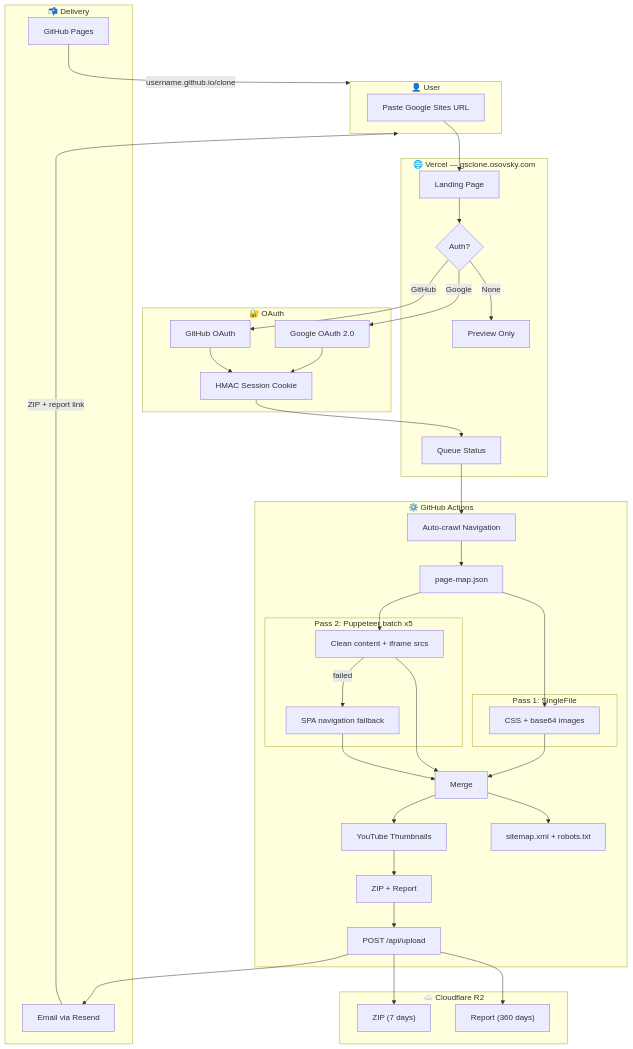
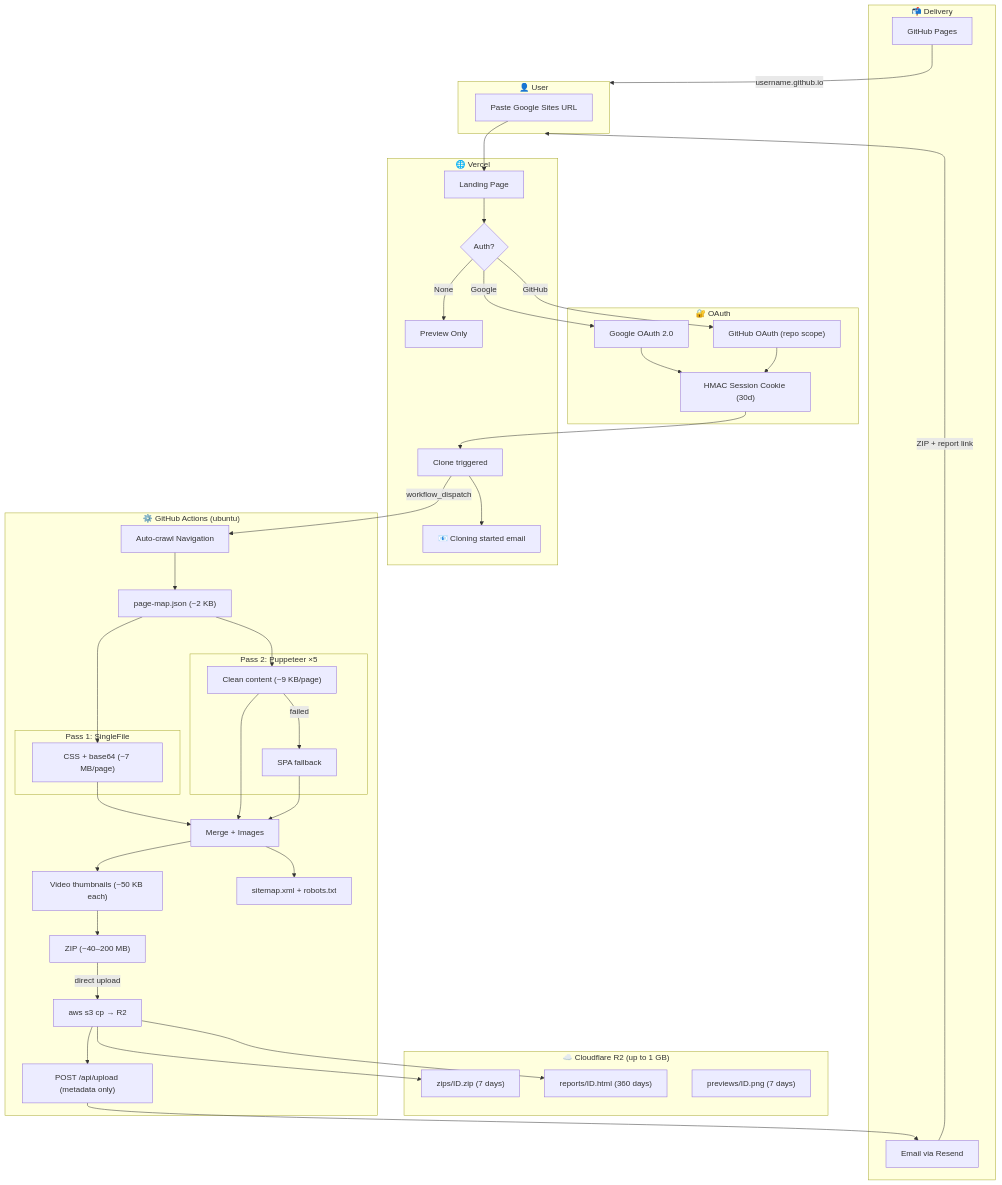
One commit to maximosovsky/google-sites-clone changed the fourth of 4 diagrams in ARCHITECTURE.md. Above: the diagram before and after it, drawn with Mermaid. The commit also changed other lines of this file and 5 other files, not shown here.

````diff
--- a/ARCHITECTURE.md
+++ b/ARCHITECTURE.md
@@ -168,74 +168,76 @@
 ```mermaid
 flowchart TB
     subgraph USER["👤 User"]
         A["Paste Google Sites URL"]
     end
 
     subgraph AUTH["🔐 OAuth"]
         GA["Google OAuth 2.0"]
-        GHA["GitHub OAuth"]
-        SESS["HMAC Session Cookie"]
+        GHA["GitHub OAuth (repo scope)"]
+        SESS["HMAC Session Cookie (30d)"]
     end
 
-    subgraph FRONTEND["🌐 Vercel — gsclone.osovsky.com"]
+    subgraph FRONTEND["🌐 Vercel"]
         B["Landing Page"]
         C{"Auth?"}
         D["Preview Only"]
-        Q["Queue Status"]
+        Q["Clone triggered"]
+        EM1["📧 Cloning started email"]
     end
 
-    subgraph BACKEND["⚙️ GitHub Actions"]
+    subgraph BACKEND["⚙️ GitHub Actions (ubuntu)"]
         G["Auto-crawl Navigation"]
-        H["page-map.json"]
-
+        H["page-map.json (~2 KB)"]
         subgraph PASS1["Pass 1: SingleFile"]
-            I["CSS + base64 images"]
+            I["CSS + base64 (~7 MB/page)"]
         end
-
-        subgraph PASS2["Pass 2: Puppeteer batch x5"]
-            J["Clean content + iframe srcs"]
-            J2["SPA navigation fallback"]
+        subgraph PASS2["Pass 2: Puppeteer ×5"]
+            J["Clean content (~9 KB/page)"]
+            J2["SPA fallback"]
         end
-
-        K["Merge"]
-        L["YouTube Thumbnails"]
+        K["Merge + Images"]
+        L["Video thumbnails (~50 KB each)"]
         M["sitemap.xml + robots.txt"]
-        N["ZIP + Report"]
-        WH["POST /api/upload"]
+        N["ZIP (~40–200 MB)"]
+        R2UP["aws s3 cp → R2"]
+        WH["POST /api/upload (metadata only)"]
     end
 
-    subgraph STORAGE["☁️ Cloudflare R2"]
-        O["ZIP (7 days)"]
-        P["Report (360 days)"]
+    subgraph STORAGE["☁️ Cloudflare R2 (up to 1 GB)"]
+        O["zips/ID.zip (7 days)"]
+        P["reports/ID.html (360 days)"]
+        PRV["previews/ID.png (7 days)"]
     end
 
     subgraph DELIVERY["📬 Delivery"]
         R["Email via Resend"]
         S["GitHub Pages"]
     end
 
     A --> B
     B --> C
     C -->|None| D
     C -->|Google| GA --> SESS --> Q
     C -->|GitHub| GHA --> SESS
 
-    Q --> G
+    Q --> EM1
+    Q -->|workflow_dispatch| G
     G --> H
     H --> I
     H --> J
     J -->|failed| J2
     I --> K
     J --> K
     J2 --> K
     K --> L --> N
     K --> M
 
-    N --> WH
-    WH --> O
-    WH --> P
+    N -->|"direct upload"| R2UP
+    R2UP --> O
+    R2UP --> P
+    R2UP --> WH
     WH --> R
 
     R -->|"ZIP + report link"| USER
-    S -->|"username.github.io/clone"| USER
+    S -->|"username.github.io"| USER
 ```
````
